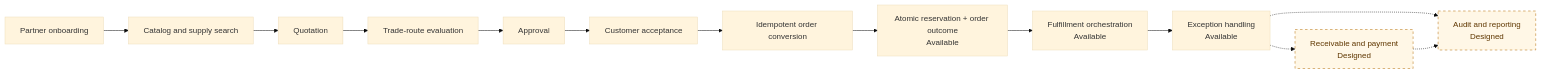
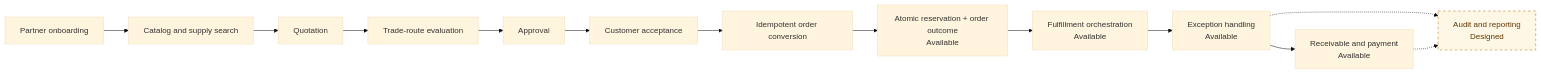
Before and after one commit to RomanticHW/cellarbridge-platform: the first of 3 diagrams in README.md, drawn with Mermaid (base theme). The commit also changed other lines of this file and 11 other files, not shown here.

````diff
--- a/README.md
+++ b/README.md
@@ -24,18 +24,18 @@
 ```mermaid
 flowchart LR
     A[Partner onboarding] --> B[Catalog and supply search]
     B --> C[Quotation]
     C --> D[Trade-route evaluation]
     D --> E[Approval]
     E --> F[Customer acceptance]
     F --> G[Idempotent order conversion]
     G --> H[Atomic reservation + order outcome<br/>Available]
     H --> I[Fulfillment orchestration<br/>Available]
     I --> J[Exception handling<br/>Available]
-    J -.-> K[Receivable and payment<br/>Designed]
+    J --> K[Receivable and payment<br/>Available]
     J -.-> L[Audit and reporting<br/>Designed]
     K -.-> L
 
     classDef planned fill:#fff7e6,stroke:#b26a00,color:#5f3700,stroke-dasharray:5 5;
-    class K,L planned;
+    class L planned;
 ```
````
